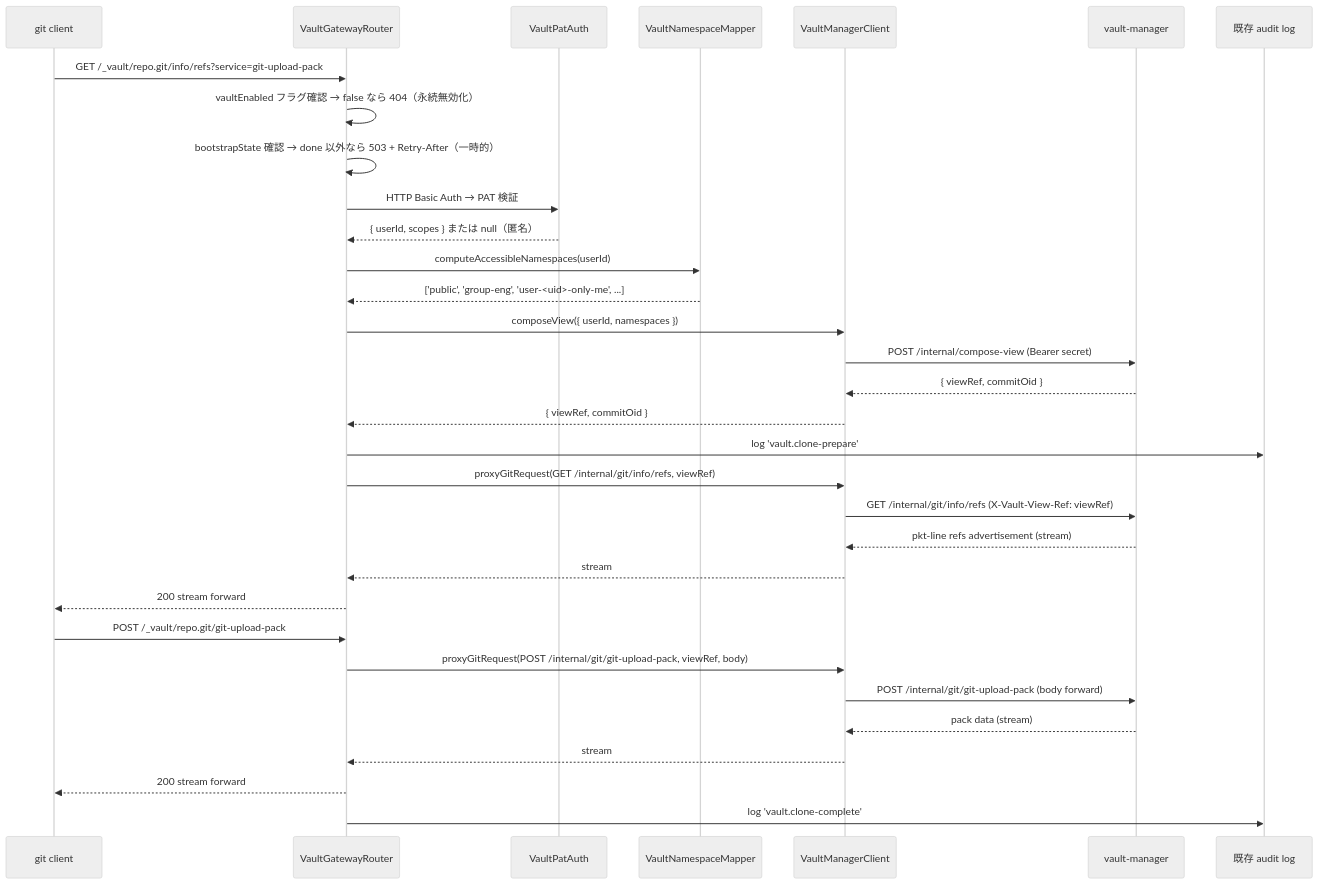
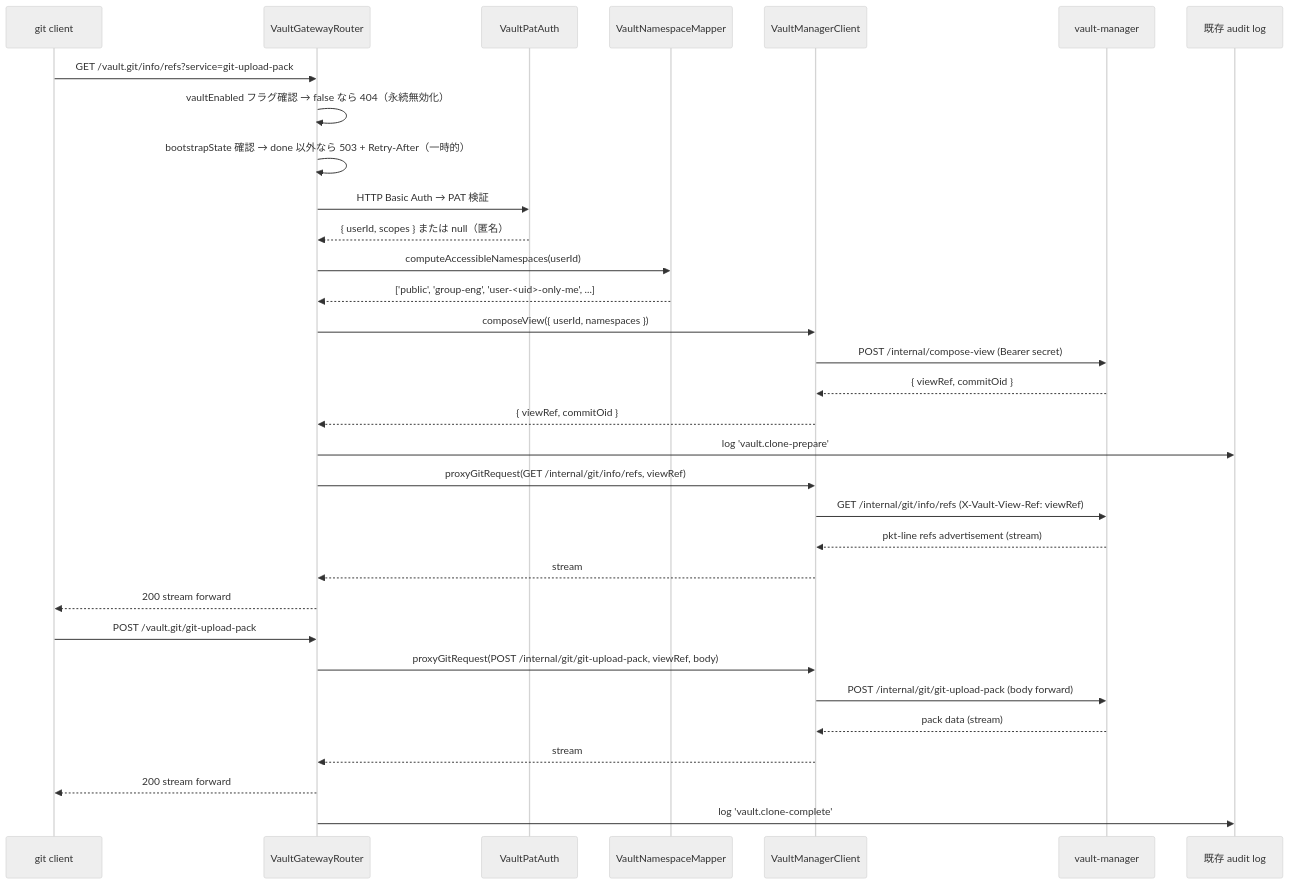
Before and after one commit to growilabs/growi: the second of 4 diagrams in .kiro/specs/growi-vault-gateway/design.md, drawn with Mermaid (neutral theme). The commit also changed other lines of this file and 12 other files, not shown here.

Commit message:
change vault edpoint to `/vault.git`

````diff
--- a/.kiro/specs/growi-vault-gateway/design.md
+++ b/.kiro/specs/growi-vault-gateway/design.md
@@ -171,36 +171,36 @@
 ```mermaid
 sequenceDiagram
     participant Cli as git client
     participant App as VaultGatewayRouter
     participant Auth as VaultPatAuth
     participant Map as VaultNamespaceMapper
     participant Client as VaultManagerClient
     participant VM as vault-manager
     participant Audit as 既存 audit log
 
-    Cli->>App: GET /_vault/repo.git/info/refs?service=git-upload-pack
+    Cli->>App: GET /vault.git/info/refs?service=git-upload-pack
     App->>App: vaultEnabled フラグ確認 → false なら 404（永続無効化）
     App->>App: bootstrapState 確認 → done 以外なら 503 + Retry-After（一時的）
     App->>Auth: HTTP Basic Auth → PAT 検証
     Auth-->>App: { userId, scopes } または null（匿名）
     App->>Map: computeAccessibleNamespaces(userId)
     Map-->>App: ['public', 'group-eng', 'user-<uid>-only-me', ...]
     App->>Client: composeView({ userId, namespaces })
     Client->>VM: POST /internal/compose-view (Bearer secret)
     VM-->>Client: { viewRef, commitOid }
     Client-->>App: { viewRef, commitOid }
     App->>Audit: log 'vault.clone-prepare'
     App->>Client: proxyGitRequest(GET /internal/git/info/refs, viewRef)
     Client->>VM: GET /internal/git/info/refs (X-Vault-View-Ref: viewRef)
     VM-->>Client: pkt-line refs advertisement (stream)
     Client-->>App: stream
     App-->>Cli: 200 stream forward
 
-    Cli->>App: POST /_vault/repo.git/git-upload-pack
+    Cli->>App: POST /vault.git/git-upload-pack
     App->>Client: proxyGitRequest(POST /internal/git/git-upload-pack, viewRef, body)
     Client->>VM: POST /internal/git/git-upload-pack (body forward)
     VM-->>Client: pack data (stream)
     Client-->>App: stream
     App-->>Cli: 200 stream forward
     App->>Audit: log 'vault.clone-complete'
 ```
````
